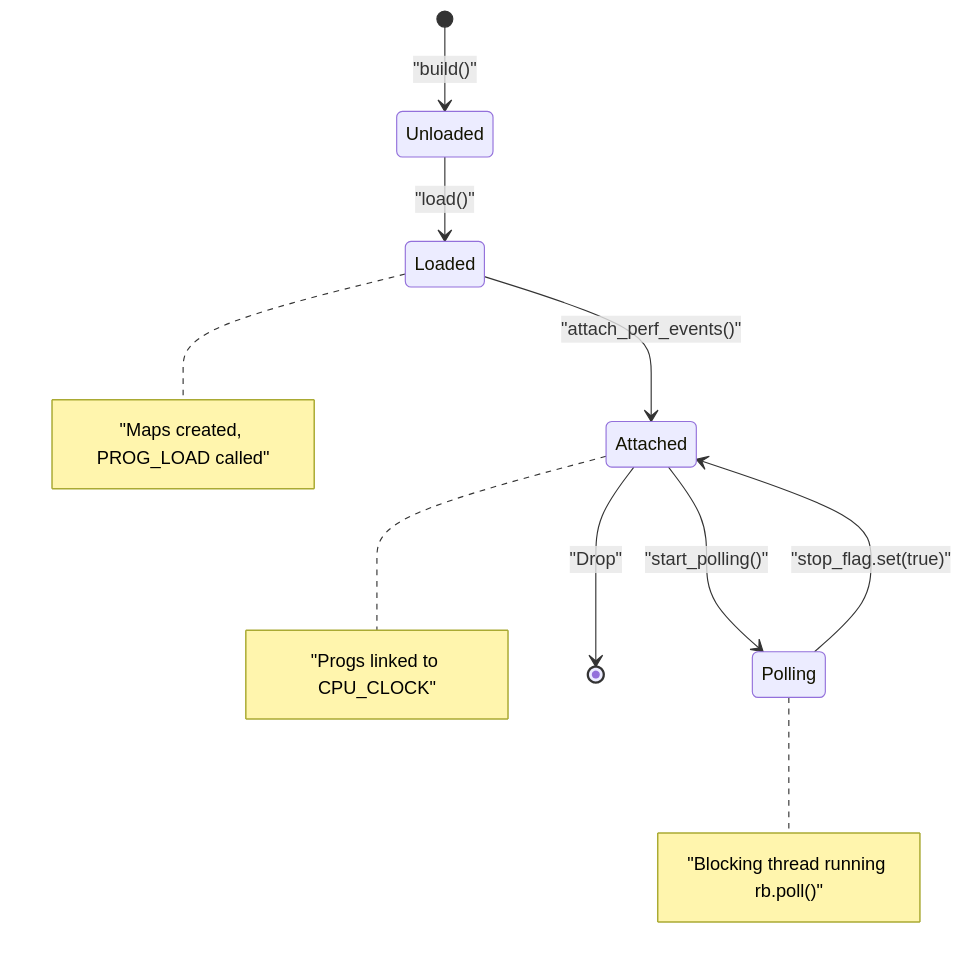
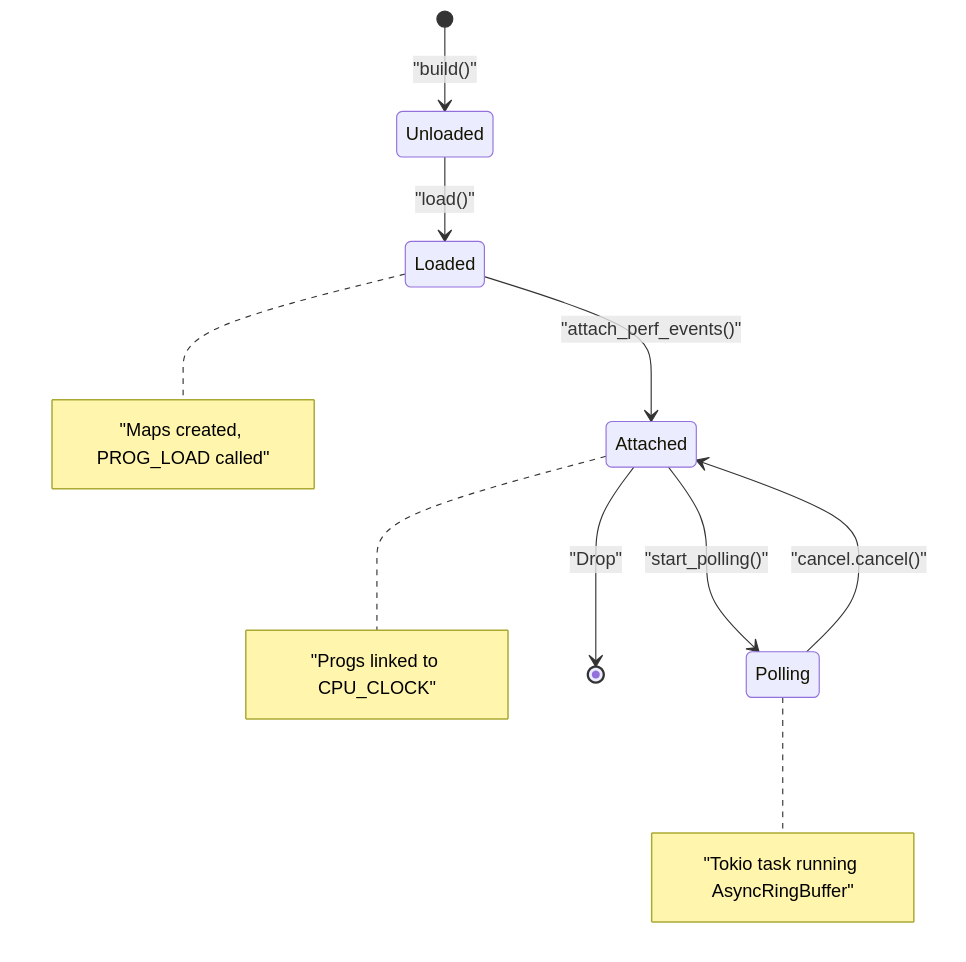
Before and after one commit to sugarraysam/bistouri: the diagram in docs/profiler.qmd, drawn with Mermaid. The commit also changed other lines of this file and 4 other files, not shown here.

````diff
--- a/docs/profiler.qmd
+++ b/docs/profiler.qmd
@@ -60,13 +61,13 @@
 ```{mermaid}
 stateDiagram-v2
     [*] --> Unloaded : "build()"
     Unloaded --> Loaded : "load()"
     Loaded --> Attached : "attach_perf_events()"
     Attached --> Polling : "start_polling()"
-    Polling --> Attached : "stop_flag.set(true)"
+    Polling --> Attached : "cancel.cancel()"
     Attached --> [*] : "Drop"
 
     note right of Loaded : "Maps created, PROG_LOAD called"
     note right of Attached : "Progs linked to CPU_CLOCK"
-    note right of Polling : "Blocking thread running rb.poll()"
+    note right of Polling : "Tokio task running AsyncRingBuffer"
 ```
````
